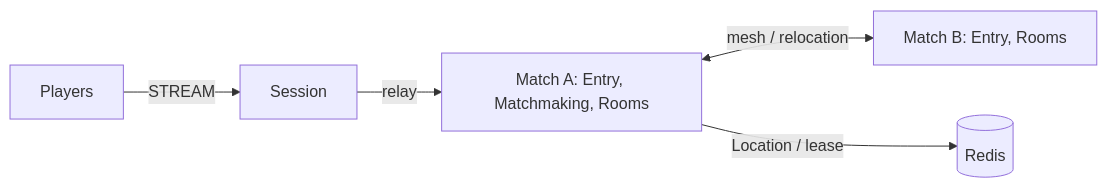
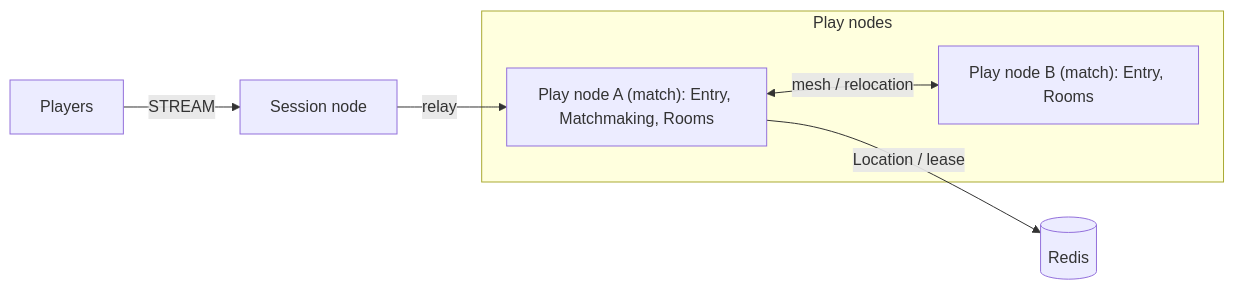
The diagram in framework/languages/cpp/templates/fps-entry-lobby/my-game/README.md (zlink-systems/zlink), drawn with Mermaid before and after one commit. The commit also changed other lines of this file and 223 other files, not shown here.

First line of the commit message:
docs(templates): 모든 템플릿의 노드 이름을 Session node · Play node · API node로 (#5350)

````diff
--- a/framework/languages/cpp/templates/fps-entry-lobby/my-game/README.md
+++ b/framework/languages/cpp/templates/fps-entry-lobby/my-game/README.md
@@ -5,7 +5,11 @@
 ```mermaid
 flowchart LR
-    players[Players] -->|STREAM| session[Session]
-    session -->|relay| matchA[Match A: Entry, Matchmaking, Rooms]
-    matchA <-->|mesh / relocation| matchB[Match B: Entry, Rooms]
+    subgraph playNodes["Play nodes"]
+      matchA["Play node A (match): Entry, Matchmaking, Rooms"]
+      matchB["Play node B (match): Entry, Rooms"]
+    end
+    players[Players] -->|STREAM| session["Session node"]
+    session -->|relay| matchA
+    matchA <-->|mesh / relocation| matchB
     matchA -->|Location / lease| location[(Redis)]
 ```
````
